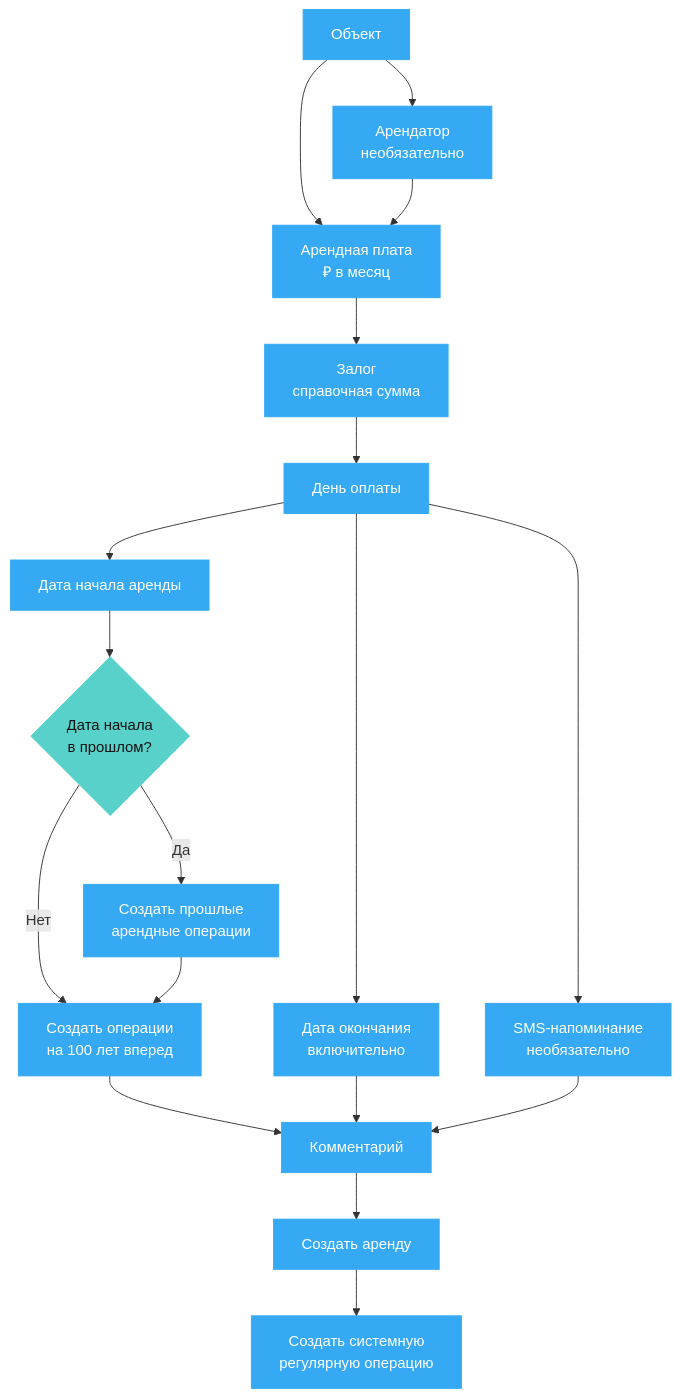
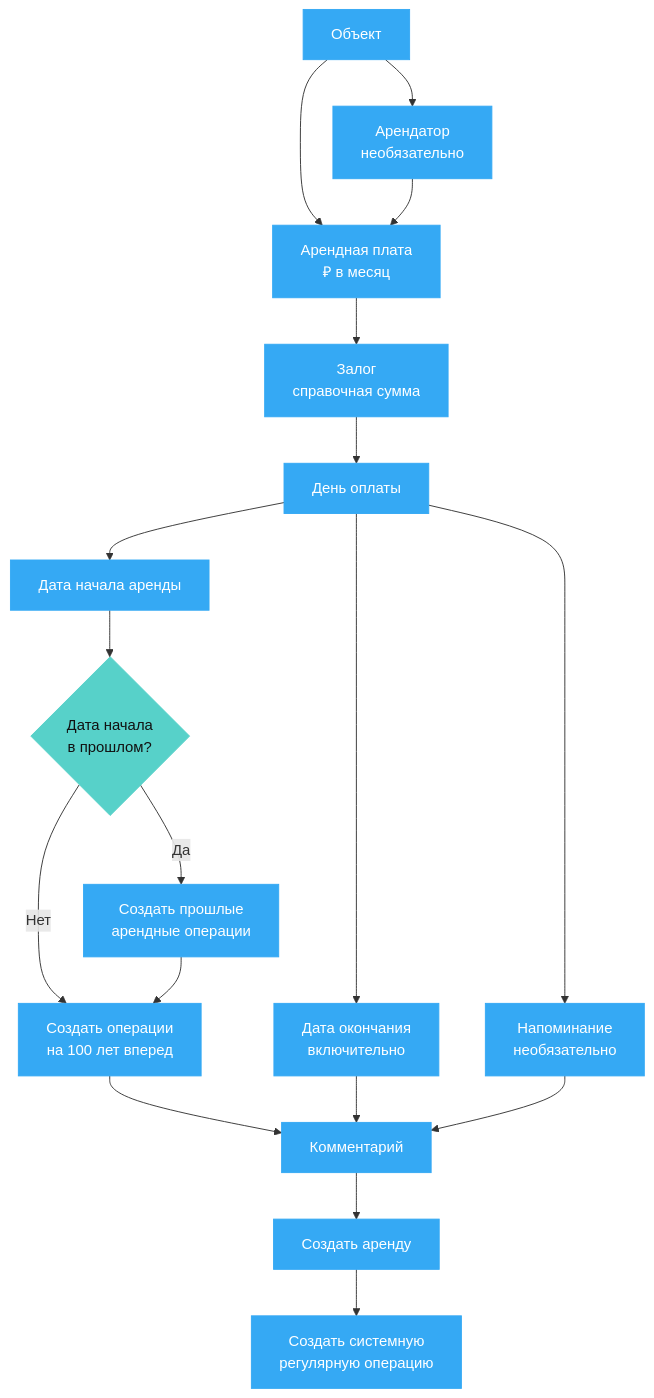
Before and after one commit to devnumbers/arenda-platform: the diagram in docs/service-functionality/leases/sozdanie-arendy-diagram.mermaid, drawn with Mermaid. The commit also changed 61 other files, not shown here.

```diff
--- a/docs/service-functionality/leases/sozdanie-arendy-diagram.mermaid
+++ b/docs/service-functionality/leases/sozdanie-arendy-diagram.mermaid
@@ -1,38 +1,38 @@
 flowchart TD
     object["Объект"]:::button
     tenant["Арендатор<br/>необязательно"]:::button
     rentPrice["Арендная плата<br/>₽ в месяц"]:::button
     deposit["Залог<br/>справочная сумма"]:::button
     paymentDay["День оплаты"]:::button
 
     startDate["Дата начала аренды"]:::button
     endDate["Дата окончания<br/>включительно"]:::button
-    sms["SMS-напоминание<br/>необязательно"]:::button
+    reminder["Напоминание<br/>необязательно"]:::button
     backdated{"Дата начала<br/>в прошлом?"}:::decision
     pastOps["Создать прошлые<br/>арендные операции"]:::button
     futureOps["Создать операции<br/>на 100 лет вперед"]:::button
 
     comment["Комментарий"]:::button
     createLease["Создать аренду"]:::button
     createRecurring["Создать системную<br/>регулярную операцию"]:::button
 
     object --> tenant
     object --> rentPrice
     tenant --> rentPrice
     rentPrice --> deposit
     deposit --> paymentDay
     paymentDay --> startDate
     paymentDay --> endDate
-    paymentDay --> sms
+    paymentDay --> reminder
     startDate --> backdated
     backdated -- Да --> pastOps
     backdated -- Нет --> futureOps
     pastOps --> futureOps
     futureOps --> comment
     endDate --> comment
-    sms --> comment
+    reminder --> comment
     comment --> createLease
     createLease --> createRecurring
 
     classDef button fill:#35a9f4,color:#ffffff,stroke:#35a9f4,stroke-width:1px;
     classDef decision fill:#57d1c9,color:#111111,stroke:#57d1c9,stroke-width:1px;
```
